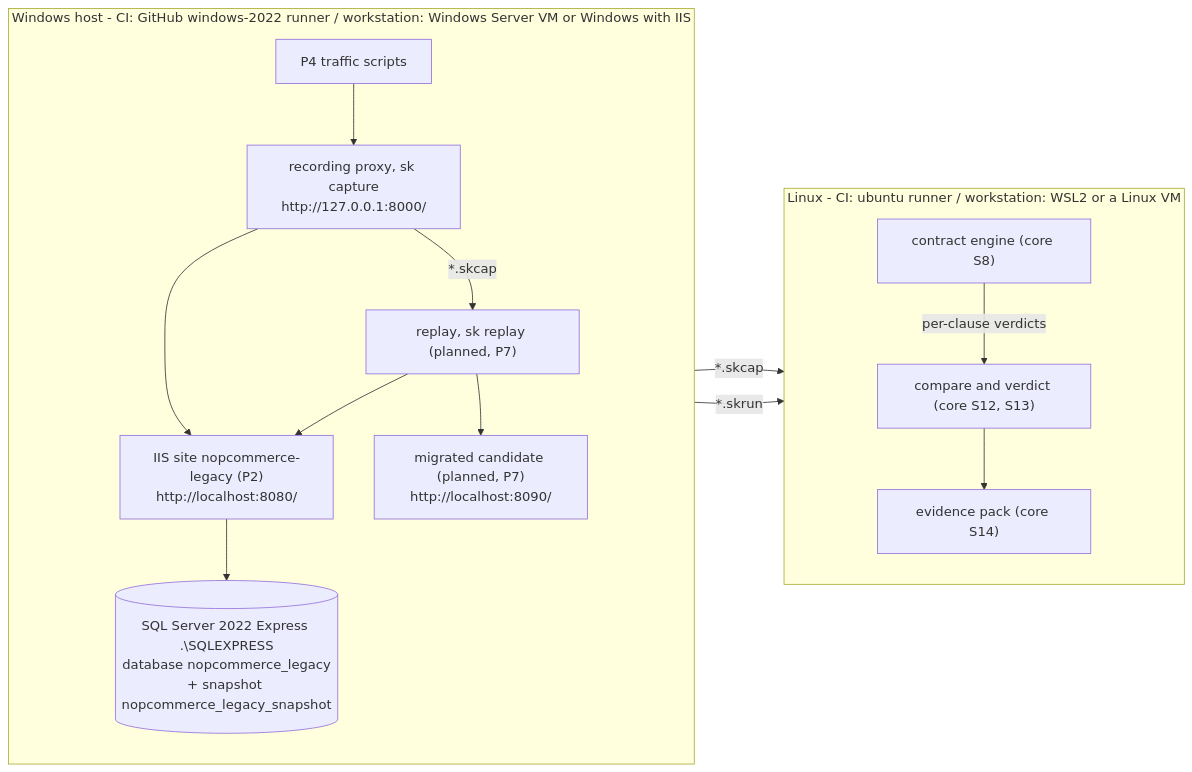
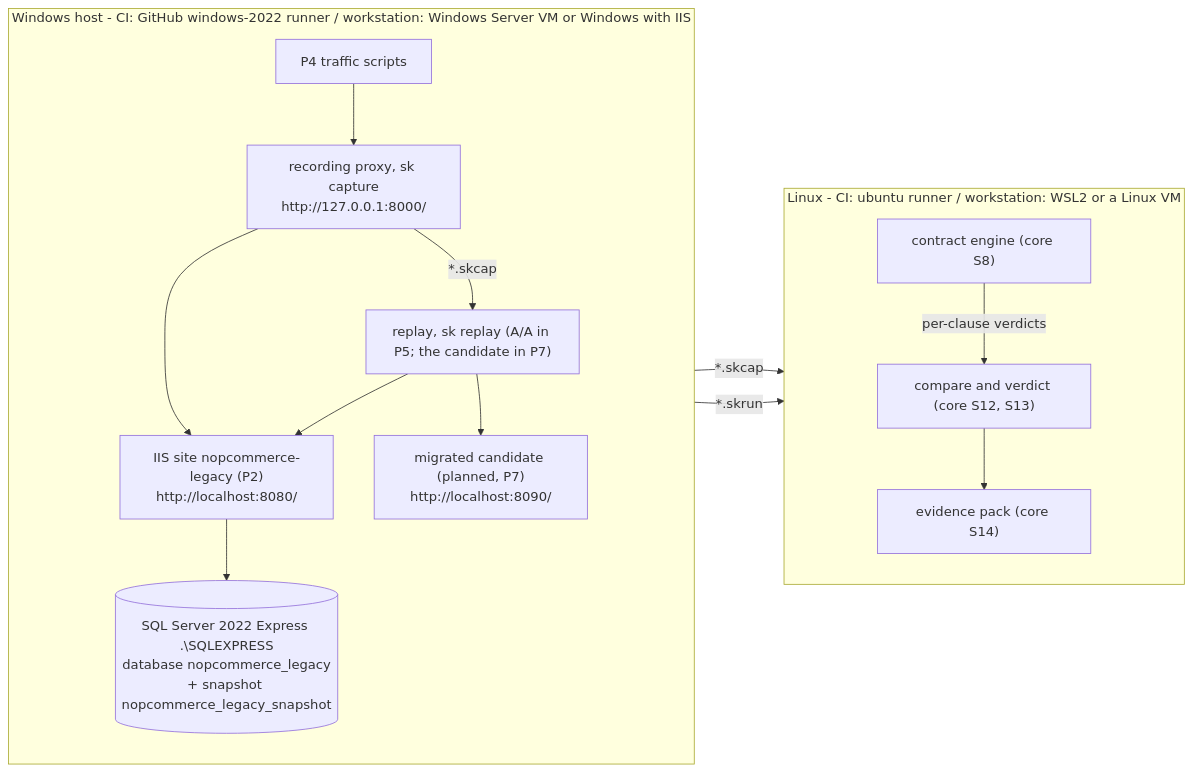
The diagram in docs/TOPOLOGY.md (konradcinkusz/letsgolegacy.secondkey-nopcommerce-bench), drawn with Mermaid before and after one commit. The commit also changed other lines of this file and 13 other files, not shown here.

````diff
--- a/docs/TOPOLOGY.md
+++ b/docs/TOPOLOGY.md
@@ -24,22 +24,22 @@
 ```mermaid
 flowchart LR
     subgraph WIN["Windows host - CI: GitHub windows-2022 runner / workstation: Windows Server VM or Windows with IIS"]
         direction TB
         GEN["P4 traffic scripts"] --> PROXY["recording proxy, sk capture<br/>http://127.0.0.1:8000/"]
         PROXY --> IIS["IIS site nopcommerce-legacy (P2)<br/>http://localhost:8080/"]
         IIS --> SQL[("SQL Server 2022 Express .\SQLEXPRESS<br/>database nopcommerce_legacy<br/>+ snapshot nopcommerce_legacy_snapshot")]
-        REPLAY["replay, sk replay (planned, P7)"] --> IIS
+        REPLAY["replay, sk replay (A/A in P5; the candidate in P7)"] --> IIS
         REPLAY --> CAND["migrated candidate (planned, P7)<br/>http://localhost:8090/"]
     end
     subgraph LNX["Linux - CI: ubuntu runner / workstation: WSL2 or a Linux VM"]
         direction TB
         CONTRACT["contract engine (core S8)"]
         COMPARE["compare and verdict (core S12, S13)"]
         EVIDENCE["evidence pack (core S14)"]
         COMPARE --> EVIDENCE
     end
     PROXY -- "*.skcap" --> REPLAY
     PROXY -- "*.skcap" --> CONTRACT
     REPLAY -- "*.skrun" --> COMPARE
     CONTRACT -- "per-clause verdicts" --> COMPARE
 ```
````
